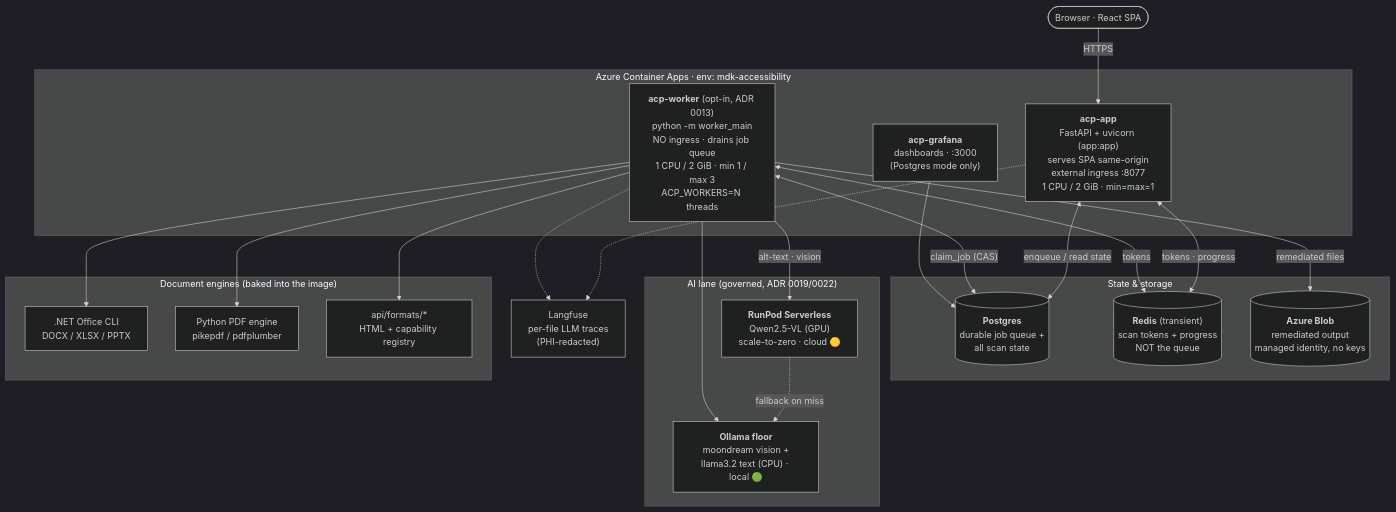
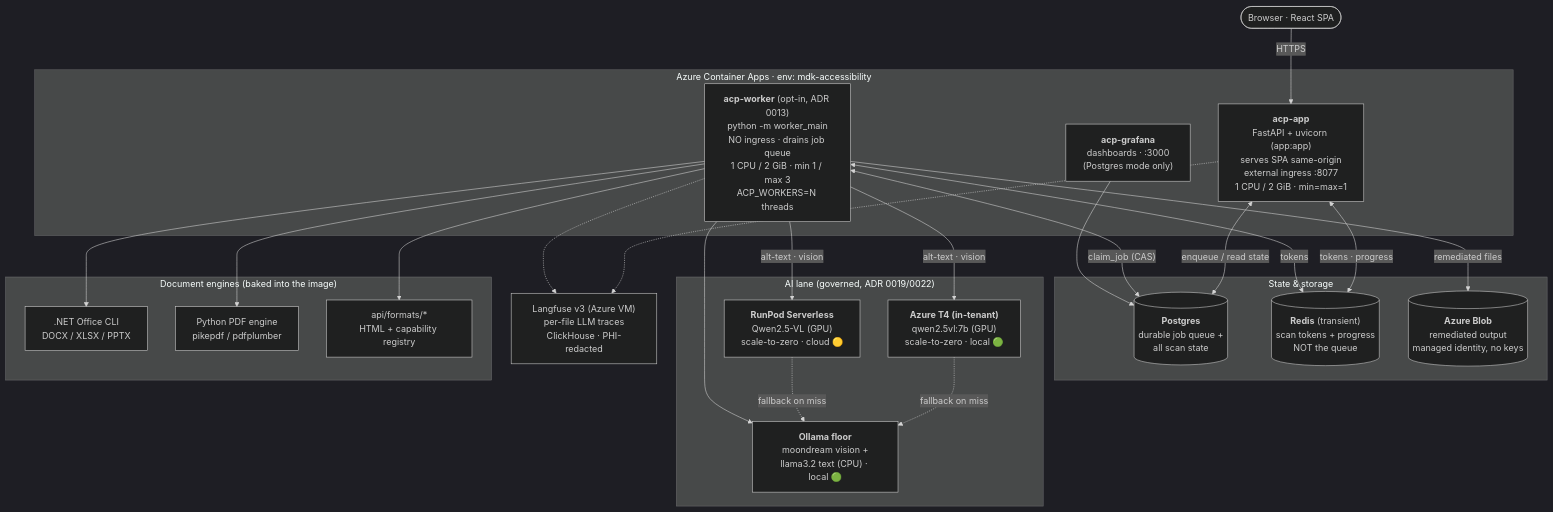
One commit to jeremyyuAWS/acp changed the first of 10 diagrams in docs/acp-architecture.md. Above: the diagram before and after it, drawn with Mermaid (dark theme). The commit also changed other lines of this file, not shown here.

First line of the commit message:
docs: reconcile the long-form architecture doc to current (Langfuse v3 live, per-user scope, GPU T4)

````diff
--- a/docs/acp-architecture.md
+++ b/docs/acp-architecture.md
@@ -20,42 +20,43 @@
 ```mermaid
 flowchart TB
     browser([Browser · React SPA])
 
     subgraph aca["Azure Container Apps · env: mdk-accessibility"]
         app["<b>acp-app</b><br/>FastAPI + uvicorn (app:app)<br/>serves SPA same-origin<br/>external ingress :8077<br/>1 CPU / 2 GiB · min=max=1"]
         worker["<b>acp-worker</b> (opt-in, ADR 0013)<br/>python -m worker_main<br/>NO ingress · drains job queue<br/>1 CPU / 2 GiB · min 1 / max 3<br/>ACP_WORKERS=N threads"]
         grafana["<b>acp-grafana</b><br/>dashboards · :3000<br/>(Postgres mode only)"]
     end
 
     subgraph data["State & storage"]
         pg[("<b>Postgres</b><br/>durable job queue +<br/>all scan state")]
         redis[("<b>Redis</b> (transient)<br/>scan tokens + progress<br/>NOT the queue")]
         blob[("<b>Azure Blob</b><br/>remediated output<br/>managed identity, no keys")]
     end
 
     subgraph ai["AI lane (governed, ADR 0019/0022)"]
+        azt4["<b>Azure T4 (in-tenant)</b><br/>qwen2.5vl:7b (GPU)<br/>scale-to-zero · local 🟢"]
         runpod["<b>RunPod Serverless</b><br/>Qwen2.5-VL (GPU)<br/>scale-to-zero · cloud 🟡"]
         ollama["<b>Ollama floor</b><br/>moondream vision +<br/>llama3.2 text (CPU) · local 🟢"]
     end
 
     subgraph engines["Document engines (baked into the image)"]
         dotnet[".NET Office CLI<br/>DOCX / XLSX / PPTX"]
         pdfeng["Python PDF engine<br/>pikepdf / pdfplumber"]
         formats["api/formats/*<br/>HTML + capability registry"]
     end
 
-    langfuse["Langfuse<br/>per-file LLM traces<br/>(PHI-redacted)"]
+    langfuse["Langfuse v3 (Azure VM)<br/>per-file LLM traces<br/>ClickHouse · PHI-redacted"]
 
     browser -->|HTTPS| app
     app <-->|"enqueue / read state"| pg
     app <-->|"tokens · progress"| redis
     worker <-->|"claim_job (CAS)"| pg
     worker <-->|tokens| redis
     worker --> dotnet & pdfeng & formats
-    worker -->|alt-text · vision| runpod
-    runpod -.->|"fallback on miss"| ollama
+    worker -->|"alt-text · vision"| azt4 & runpod
+    azt4 & runpod -.->|"fallback on miss"| ollama
     worker --> ollama
     worker -->|remediated files| blob
     app & worker -.-> langfuse
     grafana --> pg
 ```
````
